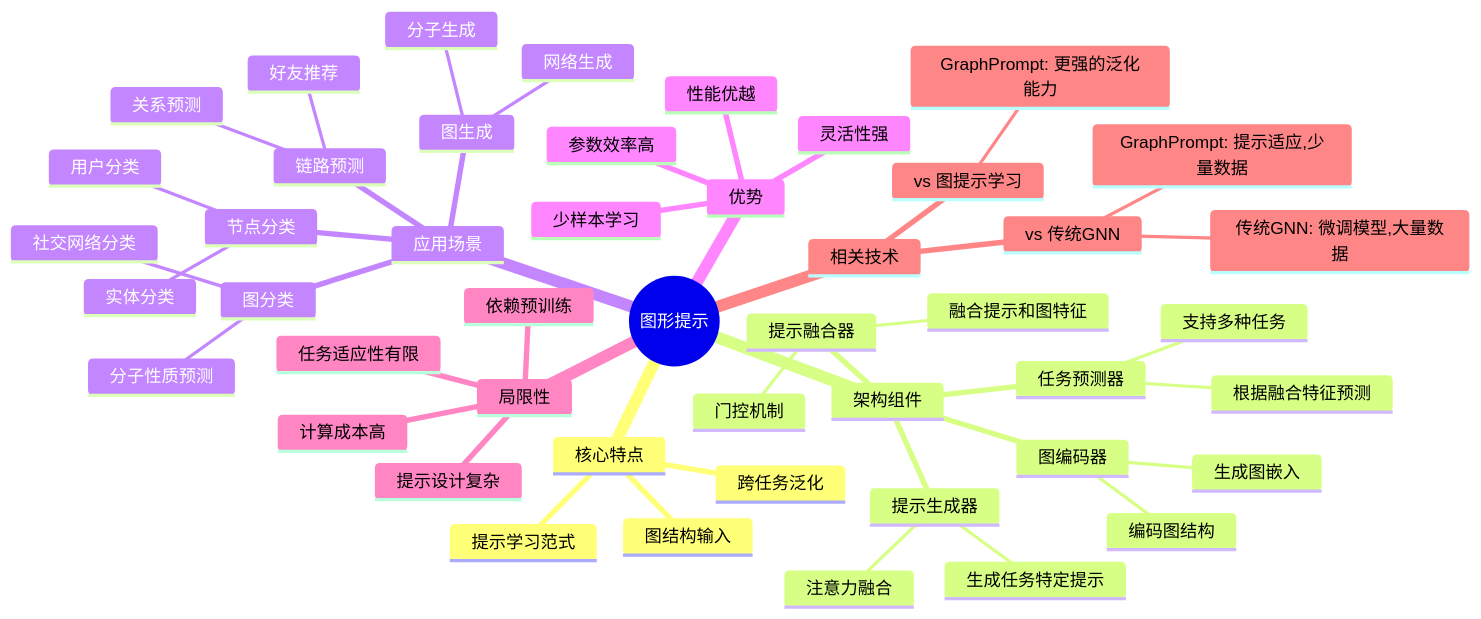
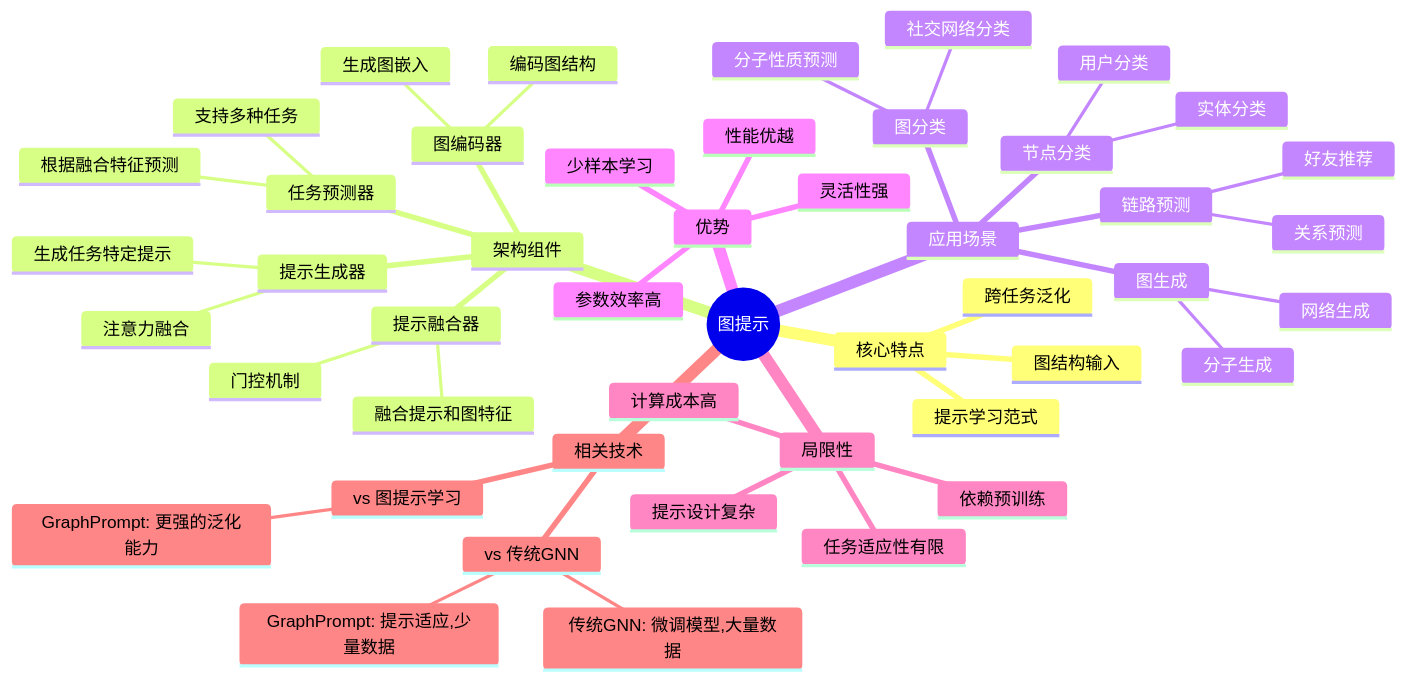
One commit to lihaizhong/ai-agent-upgrade changed diagram 18 of 21 in notebook/00-prompt-techniques-overview.md. Above: the diagram before and after it, drawn with Mermaid. The commit also changed other lines of this file and 15 other files, not shown here.

````diff
--- a/notebook/00-prompt-techniques-overview.md
+++ b/notebook/00-prompt-techniques-overview.md
@@ -803,50 +803,50 @@
 ```mermaid
 mindmap
-  root((图形提示))
+  root((图提示))
     核心特点
       图结构输入
       提示学习范式
       跨任务泛化
     架构组件
       图编码器
         编码图结构
         生成图嵌入
       提示生成器
         生成任务特定提示
         注意力融合
       提示融合器
         融合提示和图特征
         门控机制
       任务预测器
         根据融合特征预测
         支持多种任务
     应用场景
       图分类
         分子性质预测
         社交网络分类
       节点分类
         用户分类
         实体分类
       链路预测
         好友推荐
         关系预测
       图生成
         分子生成
         网络生成
     优势
       少样本学习
       参数效率高
       灵活性强
       性能优越
     局限性
       依赖预训练
       提示设计复杂
       任务适应性有限
       计算成本高
     相关技术
       vs 传统GNN
         GraphPrompt: 提示适应,少量数据
         传统GNN: 微调模型,大量数据
       vs 图提示学习
         GraphPrompt: 更强的泛化能力
 ```
````
